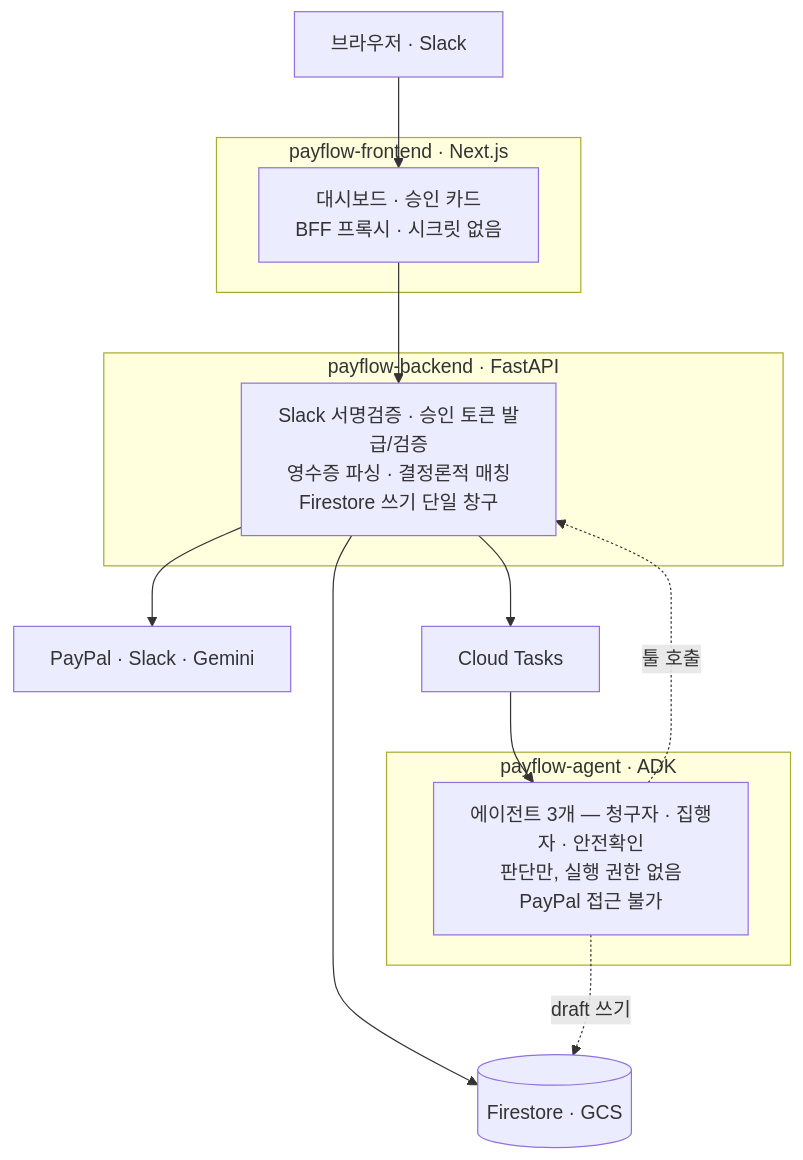
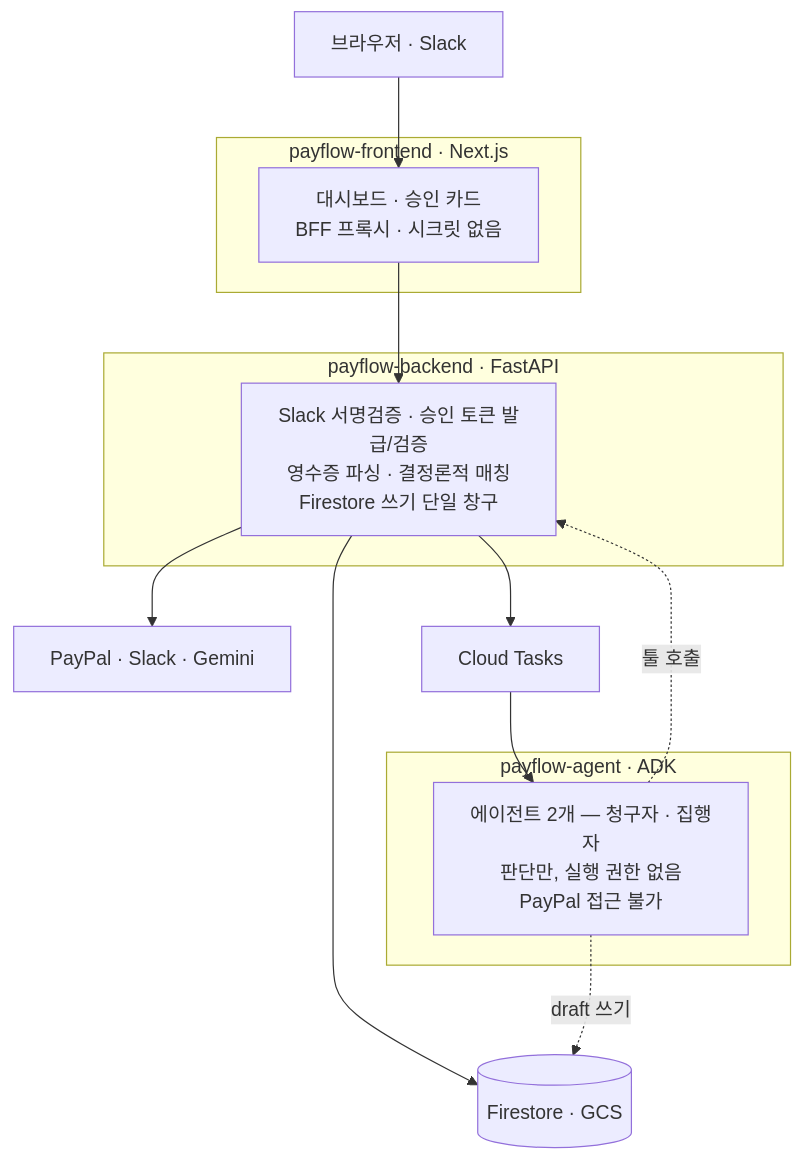
One commit to park-song-jungyujin/payflow-docs changed the first of 2 diagrams in README.md. Above: the diagram before and after it, drawn with Mermaid. The commit also changed other lines of this file and 3 other files, not shown here.

````diff
--- a/README.md
+++ b/README.md
@@ -28,27 +28,27 @@
 ```mermaid
 flowchart TB
     U["브라우저 · Slack"]
 
     subgraph WEB["payflow-frontend · Next.js"]
         W["대시보드 · 승인 카드<br/>BFF 프록시 · 시크릿 없음"]
     end
 
     subgraph API["payflow-backend · FastAPI"]
         A["Slack 서명검증 · 승인 토큰 발급/검증<br/>영수증 파싱 · 결정론적 매칭<br/>Firestore 쓰기 단일 창구"]
     end
 
     subgraph AG["payflow-agent · ADK"]
-        G["에이전트 3개 — 청구자 · 집행자 · 안전확인<br/>판단만, 실행 권한 없음<br/>PayPal 접근 불가"]
+        G["에이전트 2개 — 청구자 · 집행자<br/>판단만, 실행 권한 없음<br/>PayPal 접근 불가"]
     end
 
     EXT["PayPal · Slack · Gemini"]
     FS[("Firestore · GCS")]
     CT["Cloud Tasks"]
 
     U --> W --> A
     A --> EXT
     A --> FS
     A --> CT --> G
     G -.->|툴 호출| A
     G -.->|draft 쓰기| FS
 ```
````
